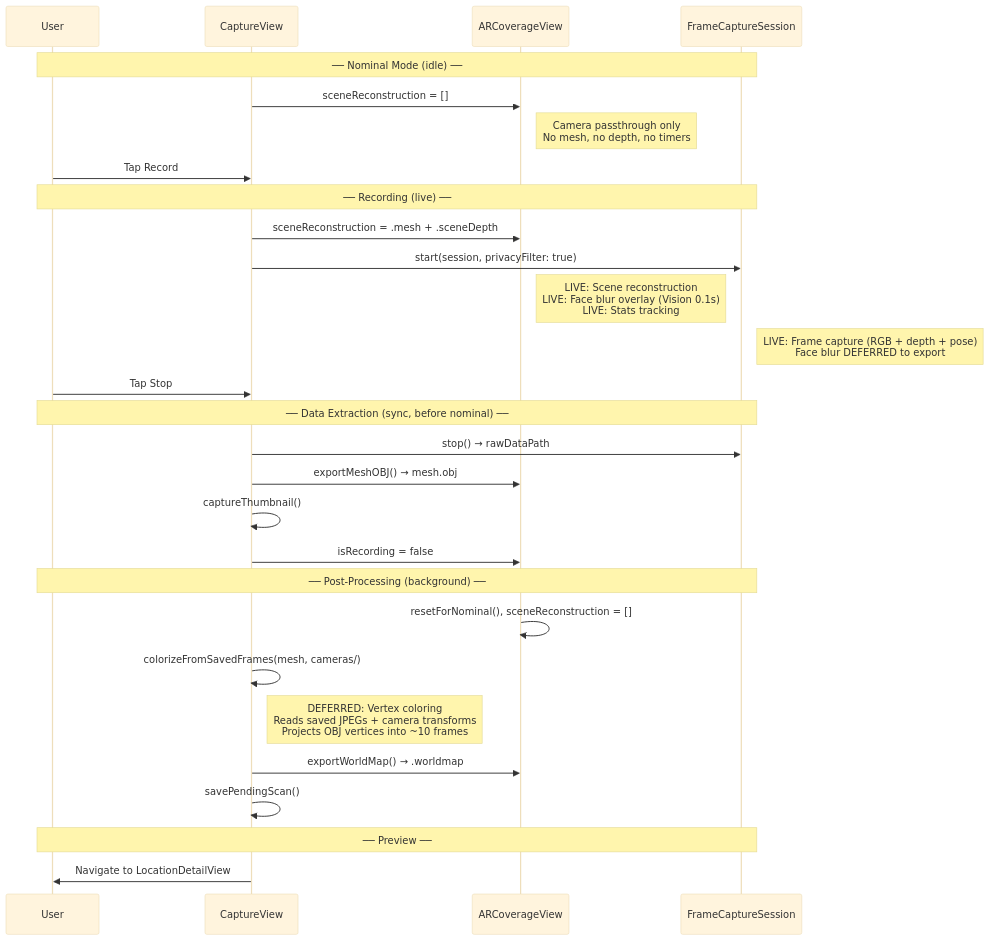
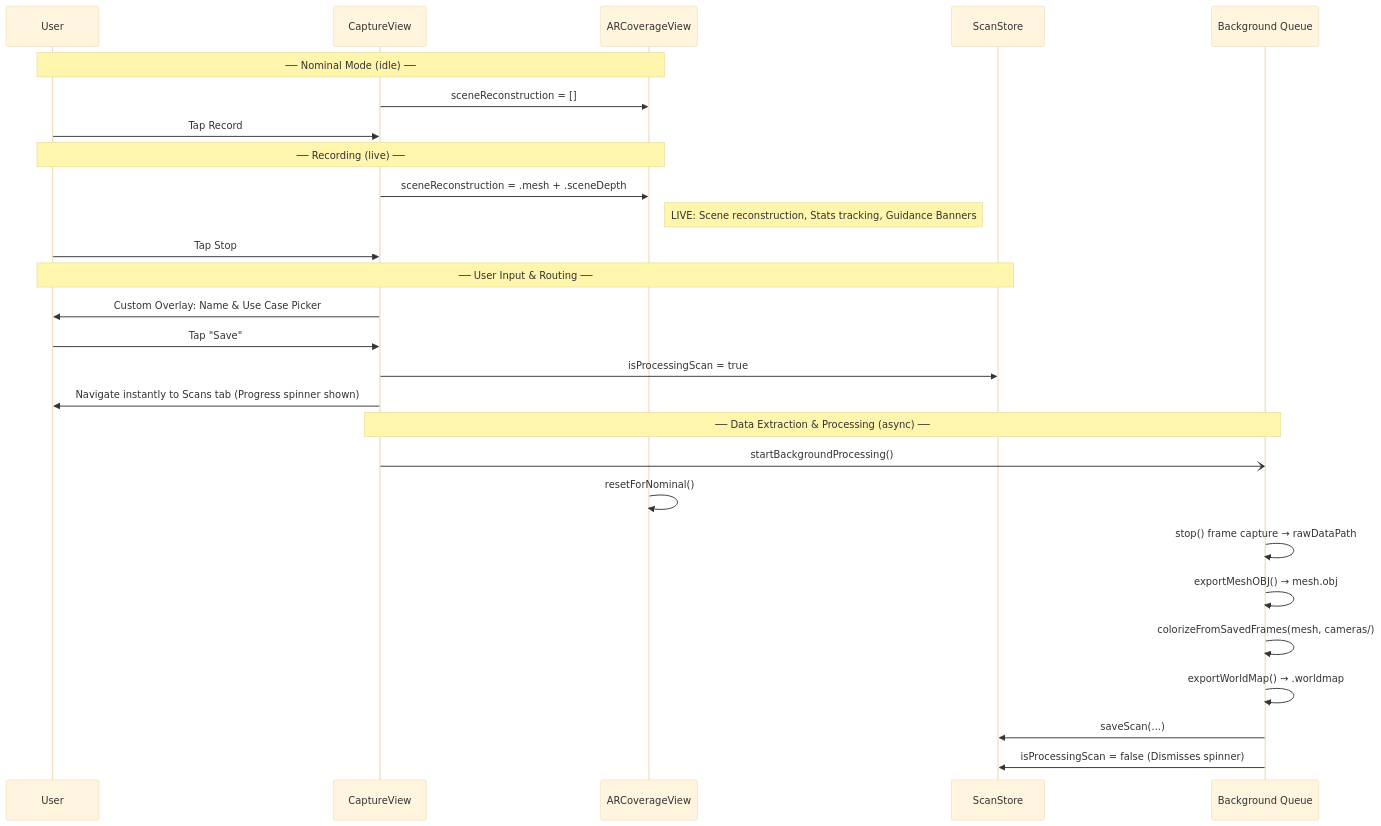
Before and after one commit to WiseLabCMU/wisescan-ios: the third of 6 diagrams in REQUIREMENTS.md, drawn with Mermaid (base theme). The commit also changed other lines of this file and 1 other file, not shown here.

Commit message:
docs: update workflow docs to reflect recent UI and background processing features

````diff
--- a/REQUIREMENTS.md
+++ b/REQUIREMENTS.md
@@ -183,36 +183,33 @@
 ```mermaid
 sequenceDiagram
     participant U as User
     participant CV as CaptureView
     participant AR as ARCoverageView
-    participant FCS as FrameCaptureSession
+    participant SS as ScanStore
+    participant BG as Background Queue
 
-    Note over U,FCS: ── Nominal Mode (idle) ──
+    Note over U,AR: ── Nominal Mode (idle) ──
     CV->>AR: sceneReconstruction = []
-    Note right of AR: Camera passthrough only<br/>No mesh, no depth, no timers
 
     U->>CV: Tap Record
-    Note over U,FCS: ── Recording (live) ──
+    Note over U,AR: ── Recording (live) ──
     CV->>AR: sceneReconstruction = .mesh + .sceneDepth
-    CV->>FCS: start(session, privacyFilter: true)
-    Note right of AR: LIVE: Scene reconstruction<br/>LIVE: Face blur overlay (Vision 0.1s)<br/>LIVE: Stats tracking
-    Note right of FCS: LIVE: Frame capture (RGB + depth + pose)<br/>Face blur DEFERRED to export
+    Note right of AR: LIVE: Scene reconstruction, Stats tracking, Guidance Banners
 
     U->>CV: Tap Stop
-    Note over U,FCS: ── Data Extraction (sync, before nominal) ──
-    CV->>FCS: stop() → rawDataPath
-    CV->>AR: exportMeshOBJ() → mesh.obj
-    CV->>CV: captureThumbnail()
+    Note over U,SS: ── User Input & Routing ──
+    CV->>U: Custom Overlay: Name & Use Case Picker
+    U->>CV: Tap "Save"
+    CV->>SS: isProcessingScan = true
+    CV->>U: Navigate instantly to Scans tab (Progress spinner shown)
 
-    CV->>AR: isRecording = false
-    Note over U,FCS: ── Post-Processing (background) ──
-    AR->>AR: resetForNominal(), sceneReconstruction = []
-    CV->>CV: colorizeFromSavedFrames(mesh, cameras/)
-    Note right of CV: DEFERRED: Vertex coloring<br/>Reads saved JPEGs + camera transforms<br/>Projects OBJ vertices into ~10 frames
-
-    CV->>AR: exportWorldMap() → .worldmap
-    CV->>CV: savePendingScan()
-
-    Note over U,FCS: ── Preview ──
-    CV->>U: Navigate to LocationDetailView
+    Note over CV,BG: ── Data Extraction & Processing (async) ──
+    CV-)BG: startBackgroundProcessing()
+    AR->>AR: resetForNominal()
+    BG->>BG: stop() frame capture → rawDataPath
+    BG->>BG: exportMeshOBJ() → mesh.obj
+    BG->>BG: colorizeFromSavedFrames(mesh, cameras/)
+    BG->>BG: exportWorldMap() → .worldmap
+    BG->>SS: saveScan(...)
+    BG->>SS: isProcessingScan = false (Dismisses spinner)
 ```
````
